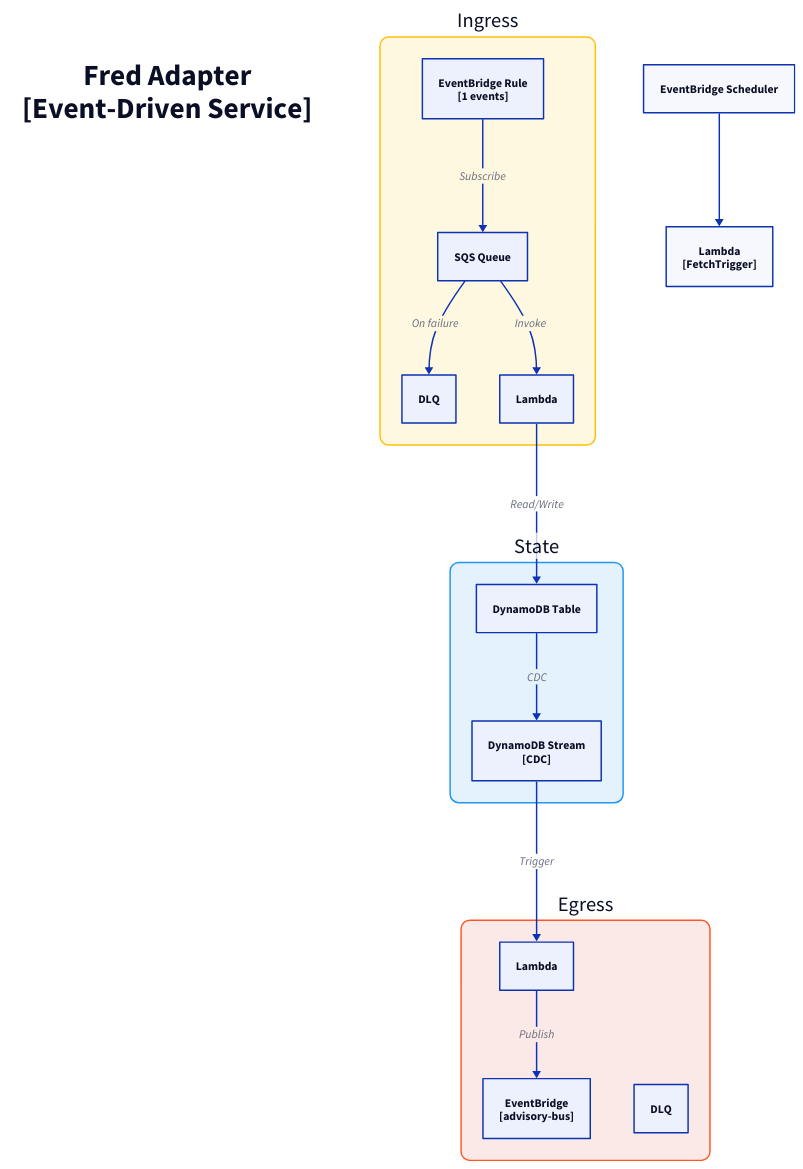
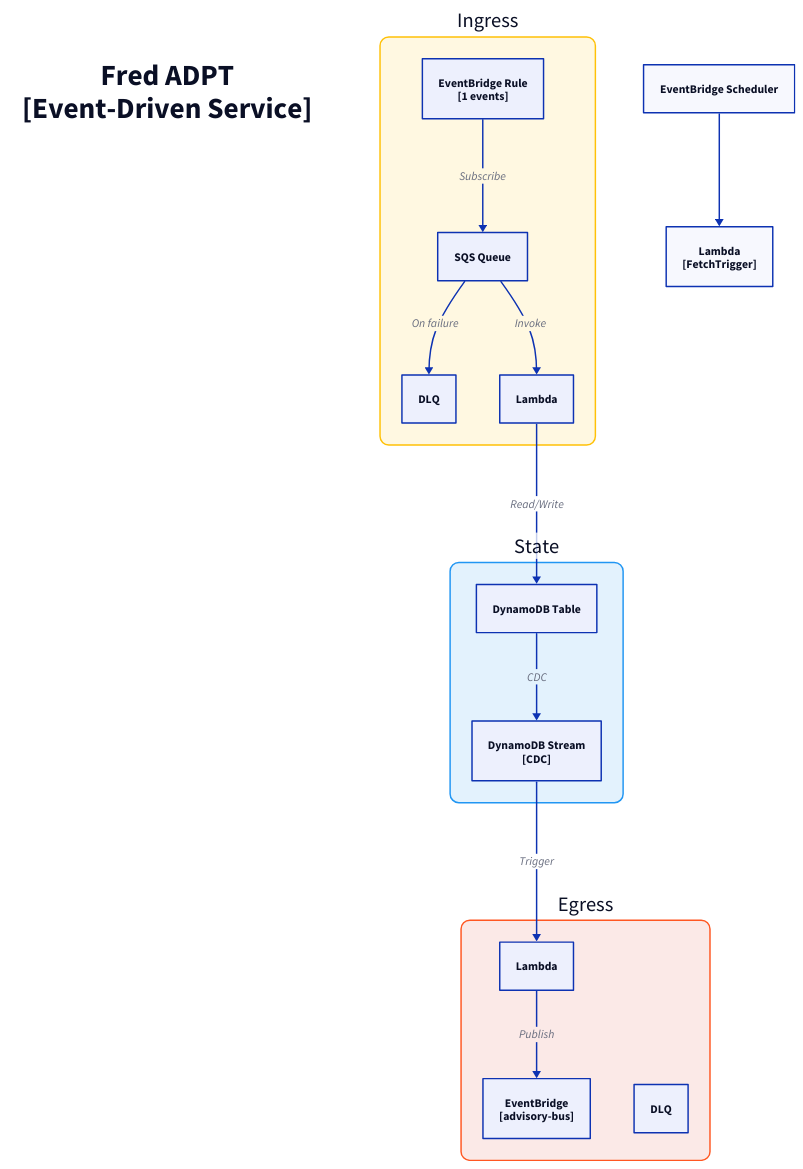
One commit to fabio-vitali/nestfolio changed the diagram in docs/architecture/c3/fred-adpt.d2. Above: the diagram before and after it, drawn with D2. The commit also changed 57 other files, not shown here.

Commit message:
fix: c4 diagrams fixes

```diff
--- a/docs/architecture/c3/fred-adpt.d2
+++ b/docs/architecture/c3/fred-adpt.d2
@@ -1,42 +1,42 @@
 direction: down
 
-title: "Fred Adapter\n[Event-Driven Service]" {
+title: "Fred ADPT\n[Event-Driven Service]" {
   style: { font-size: 40; bold: true; fill: transparent; stroke: transparent }
 }
 
 ingress: "Ingress" {
   style: { fill: "#FFF8E1"; stroke: "#FFC107"; border-radius: 12; font-size: 28 }
   rule: "EventBridge Rule\n[1 events]" { class: aws-eventbridge }
   sqs: "SQS Queue" { class: aws-sqs }
   dlq: "DLQ" { class: aws-dlq }
   handler: "Lambda" { class: aws-lambda }
 
   rule -> sqs: Subscribe
   sqs -> handler: Invoke
   sqs -> dlq: On failure
 }
 
 state: "State" {
   style: { fill: "#E3F2FD"; stroke: "#2196F3"; border-radius: 12; font-size: 28 }
   table: "DynamoDB Table" { class: aws-dynamodb }
   stream: "DynamoDB Stream\n[CDC]" { class: aws-ddb-stream }
   table -> stream: CDC
 }
 
 egress: "Egress" {
   style: { fill: "#FBE9E7"; stroke: "#FF5722"; border-radius: 12; font-size: 28 }
   processor: "Lambda" { class: aws-lambda }
   bus: "EventBridge\n[advisory-bus]" { class: aws-eventbridge }
   dlq: "DLQ" { class: aws-dlq }
 
   processor -> bus: Publish
 }
 
 fetch-trigger: "Lambda\n[FetchTrigger]" { class: aws-lambda }
 
 schedule: "EventBridge Scheduler" { class: aws-eventbridge }
 schedule -> fetch-trigger
 
 # Flows
 ingress.handler -> state.table: Read/Write
 state.stream -> egress.processor: Trigger
```
